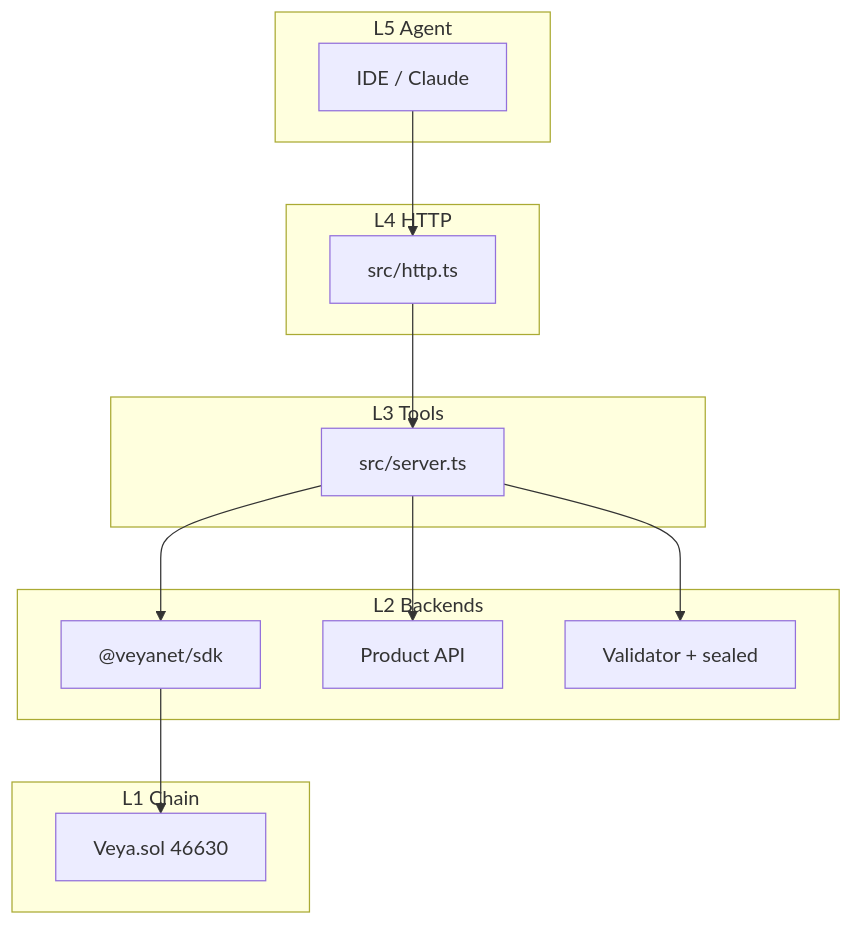
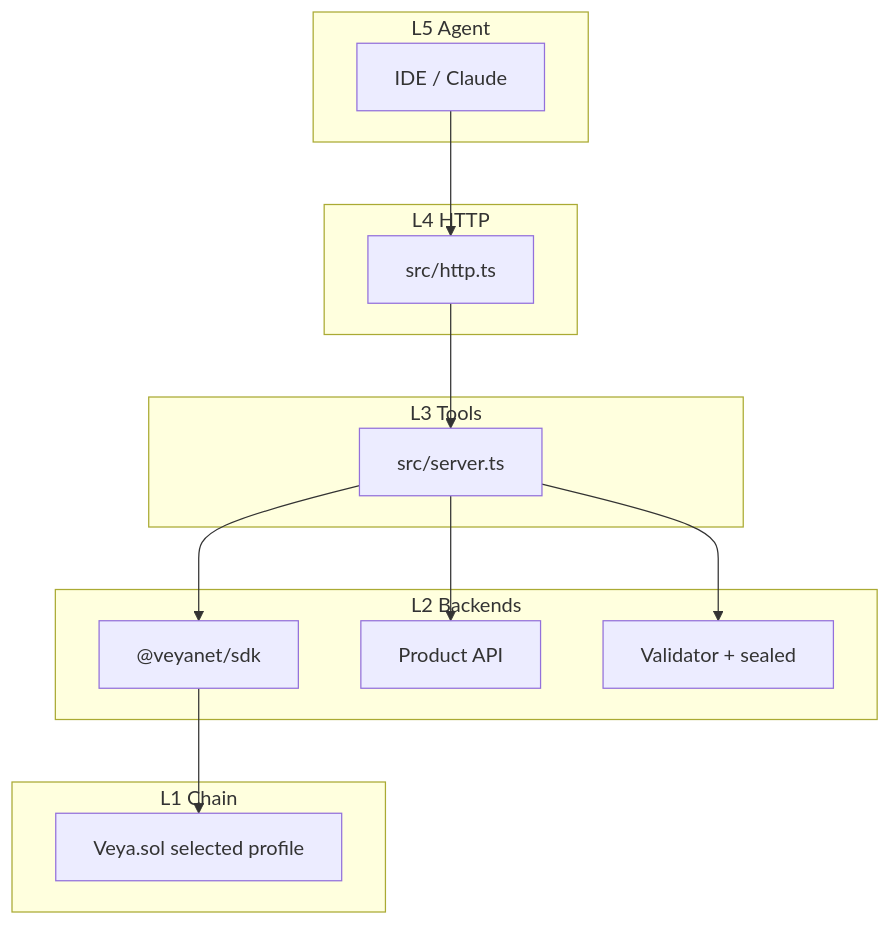
The third of 7 diagrams in docs/ARCHITECTURE.md (veyanet/veya-mcp), drawn with Mermaid before and after one commit. The commit also changed other lines of this file, not shown here.

Commit message:
docs: describe mainnet default in architecture notes

````diff
--- a/docs/ARCHITECTURE.md
+++ b/docs/ARCHITECTURE.md
@@ -232,25 +232,25 @@
 ```mermaid
 flowchart TB
   subgraph L5["L5 Agent"]
     IDE["IDE / Claude"]
   end
   subgraph L4["L4 HTTP"]
     EX["src/http.ts"]
   end
   subgraph L3["L3 Tools"]
     SV["src/server.ts"]
   end
   subgraph L2["L2 Backends"]
     SDK["@veyanet/sdk"]
     API["Product API"]
     FLEET["Validator + sealed"]
   end
   subgraph L1["L1 Chain"]
-    SOL["Veya.sol 46630"]
+    SOL["Veya.sol selected profile"]
   end
   IDE --> EX --> SV
   SV --> SDK
   SV --> API
   SV --> FLEET
   SDK --> SOL
 ```
````
